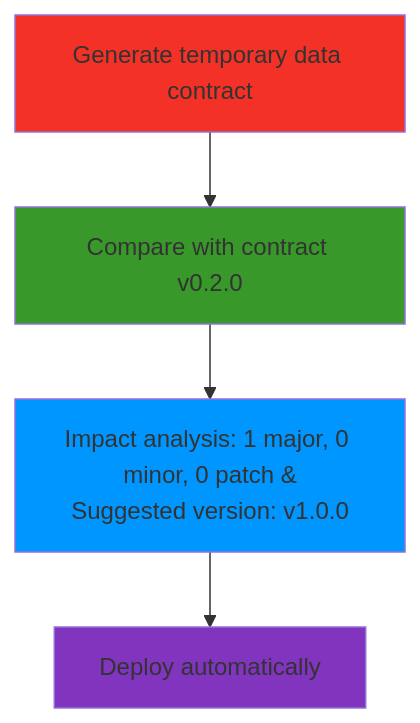
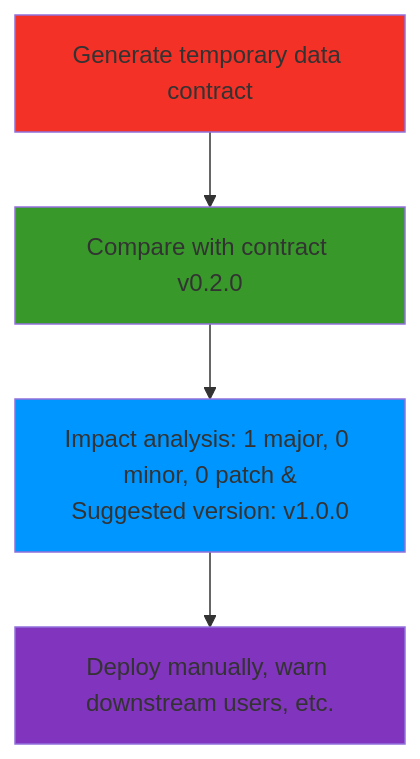
The third of 3 diagrams in resources/tutorial3-processes.md (jgpai/cloud-services), drawn with Mermaid before and after one commit. The commit also changed 3 other files, not shown here.

````diff
--- a/resources/tutorial3-processes.md
+++ b/resources/tutorial3-processes.md
@@ -33,12 +33,12 @@
 ```mermaid
 flowchart TD
     A[Generate temporary data contract]
     A --> G[Compare with contract v0.2.0]
     G --> K[Impact analysis: 1 major, 0 minor, 0 patch &<br/>Suggested version: v1.0.0]
-    K --> O[Deploy automatically]
+    K --> O[Deploy manually, warn downstream users, etc.]
 
     style A fill:#F33126
     style G fill:#38992A
     style K fill:#0096FF
     style O fill:#8134BE  
 ```
````
